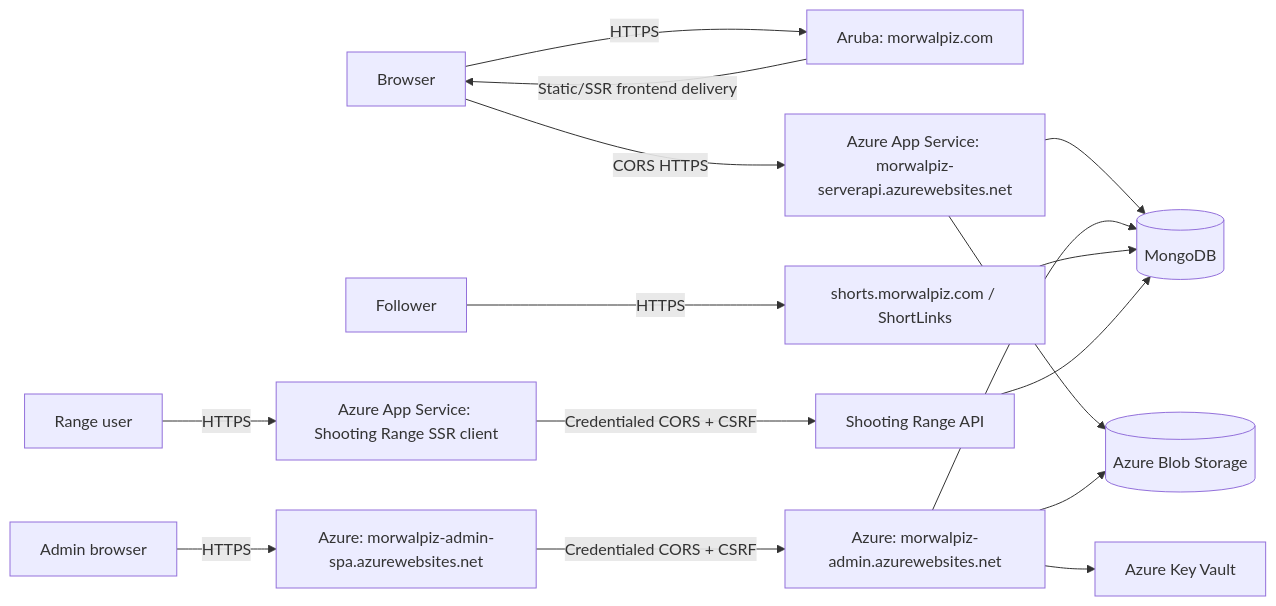
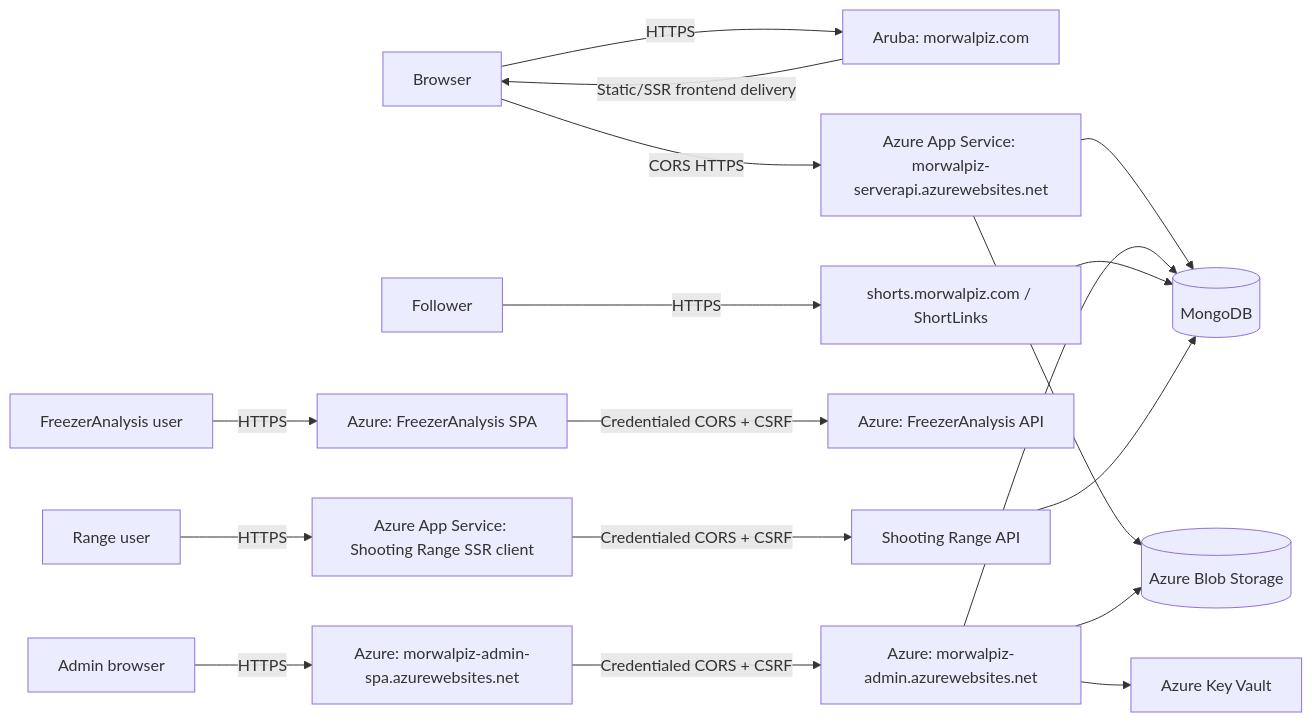
The diagram in docs/architecture/deployment.md (morganpizzini/MorWalPizVideo), drawn with Mermaid before and after one commit. The commit also changed other lines of this file and 22 other files, not shown here.

````diff
--- a/docs/architecture/deployment.md
+++ b/docs/architecture/deployment.md
@@ -5,18 +5,20 @@
 ```mermaid
 flowchart LR
     Browser[Browser] -->|HTTPS| Aruba[Aruba: morwalpiz.com]
     Aruba -->|Static/SSR frontend delivery| Browser
     Browser -->|CORS HTTPS| API[Azure App Service: morwalpiz-serverapi.azurewebsites.net]
     Admin[Admin browser] -->|HTTPS| AdminSpa[Azure: morwalpiz-admin-spa.azurewebsites.net]
     AdminSpa -->|Credentialed CORS + CSRF| BO[Azure: morwalpiz-admin.azurewebsites.net]
+    FreezerUser[FreezerAnalysis user] -->|HTTPS| FreezerSpa[Azure: FreezerAnalysis SPA]
+    FreezerSpa -->|Credentialed CORS + CSRF| FreezerAPI[Azure: FreezerAnalysis API]
     Shooter[Range user] -->|HTTPS| ShootingClient[Azure App Service: Shooting Range SSR client]
     ShootingClient -->|Credentialed CORS + CSRF| ShootingAPI[Shooting Range API]
     Follower[Follower] -->|HTTPS| Shorts[shorts.morwalpiz.com / ShortLinks]
     API --> Mongo[(MongoDB)]
     BO --> Mongo
     Shorts --> Mongo
     API --> Blob[(Azure Blob Storage)]
     BO --> Blob
     BO --> Vault[Azure Key Vault]
     ShootingAPI --> Mongo
 ```
````
